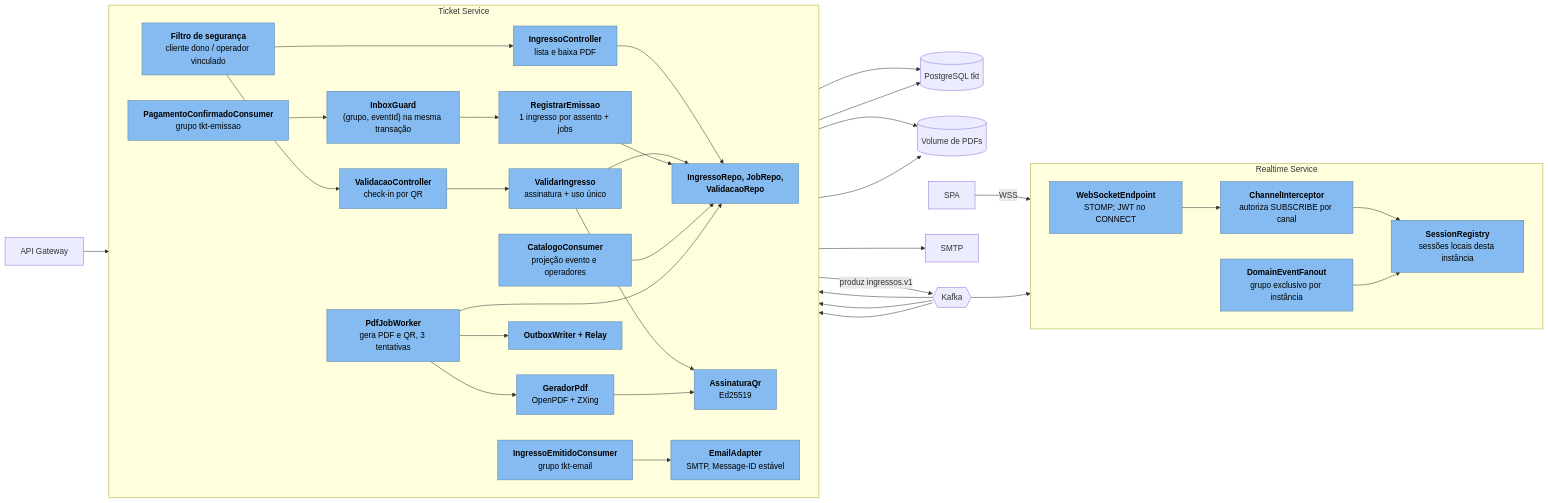
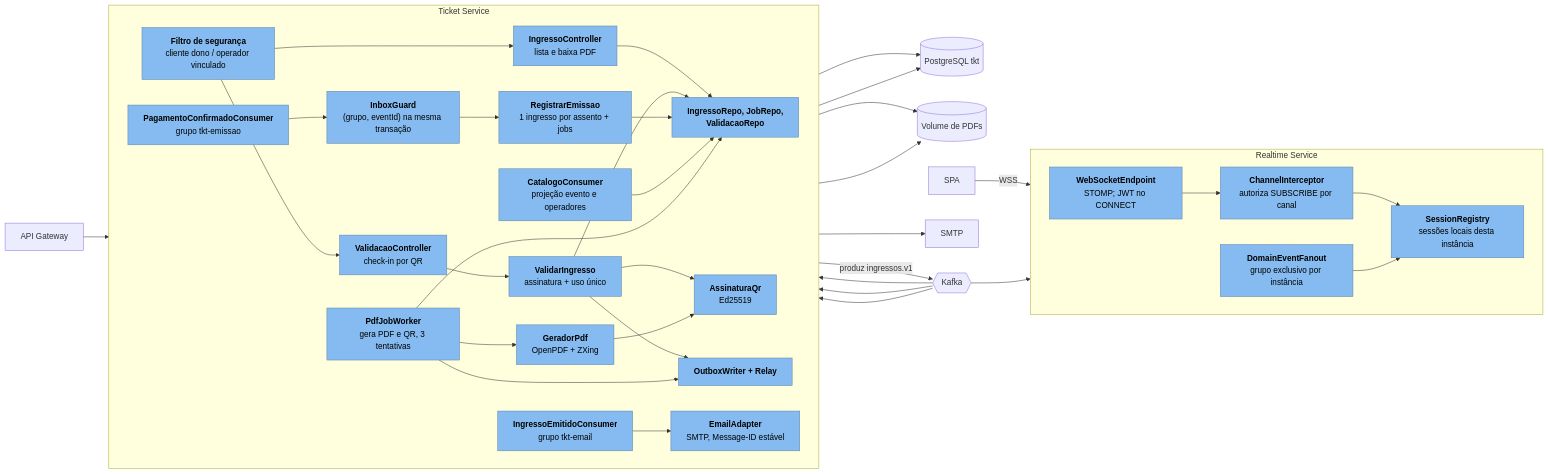
Before and after one commit to Mateus-Tieppo/construcao-de-software: the seventh of 13 diagrams in pacote-2/01-arquitetura-c4.md, drawn with Mermaid. The commit also changed other lines of this file and 3 other files, not shown here.

````diff
--- a/pacote-2/01-arquitetura-c4.md
+++ b/pacote-2/01-arquitetura-c4.md
@@ -330,52 +332,52 @@
 ```mermaid
 %% paisagem
 flowchart LR
     gw["API Gateway"]
     subgraph TKT["Ticket Service"]
       direction LR
       sec["<b>Filtro de segurança</b><br/>cliente dono / operador vinculado"]
       ingc["<b>IngressoController</b><br/>lista e baixa PDF"]
       valc["<b>ValidacaoController</b><br/>check-in por QR"]
       consPg["<b>PagamentoConfirmadoConsumer</b><br/>grupo tkt-emissao"]
       consCat["<b>CatalogoConsumer</b><br/>projeção evento e operadores"]
       consMail["<b>IngressoEmitidoConsumer</b><br/>grupo tkt-email"]
       inbox["<b>InboxGuard</b><br/>(grupo, eventId) na mesma transação"]
       ucEmit["<b>RegistrarEmissao</b><br/>1 ingresso por assento + jobs"]
       jobs["<b>PdfJobWorker</b><br/>gera PDF e QR, 3 tentativas"]
       ucVal["<b>ValidarIngresso</b><br/>assinatura + uso único"]
       sign["<b>AssinaturaQr</b><br/>Ed25519"]
       pdf["<b>GeradorPdf</b><br/>OpenPDF + ZXing"]
       smtpA["<b>EmailAdapter</b><br/>SMTP, Message-ID estável"]
       repo["<b>IngressoRepo, JobRepo,<br/>ValidacaoRepo</b>"]
       outbox["<b>OutboxWriter + Relay</b>"]
     end
     subgraph RT["Realtime Service"]
       direction LR
       ws["<b>WebSocketEndpoint</b><br/>STOMP; JWT no CONNECT"]
       auth["<b>ChannelInterceptor</b><br/>autoriza SUBSCRIBE por canal"]
       fan["<b>DomainEventFanout</b><br/>grupo exclusivo por instância"]
       sess["<b>SessionRegistry</b><br/>sessões locais desta instância"]
     end
     pg[("PostgreSQL tkt")]
     vol[("Volume de PDFs")]
     kfk{{"Kafka"}}
     smtp["SMTP"]
     spa["SPA"]
     gw --> sec --> ingc & valc
     ingc --> repo
     ingc --> vol
     valc --> ucVal --> sign
-    ucVal --> repo
+    ucVal --> repo & outbox
     kfk --> consPg --> inbox --> ucEmit --> repo
     kfk --> consCat --> repo
     jobs --> pdf --> sign
     jobs --> vol
     jobs --> repo & outbox
     kfk --> consMail --> smtpA --> smtp
     repo & outbox --> pg
     outbox -- "produz ingressos.v1" --> kfk
     spa -- "WSS" --> ws --> auth --> sess
     kfk --> fan --> sess
     classDef c fill:#85bbf0,color:#000,stroke:#5d82a8
     class sec,ingc,valc,consPg,consCat,consMail,inbox,ucEmit,jobs,ucVal,sign,pdf,smtpA,repo,outbox,ws,auth,fan,sess c
 ```
````
